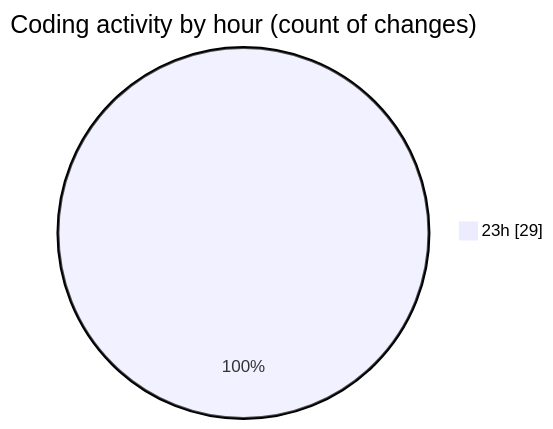
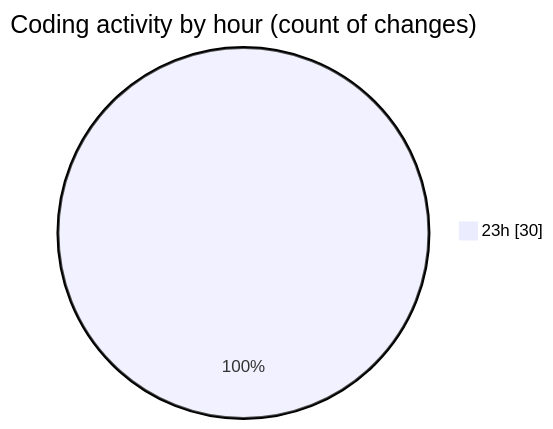
The second of 2 diagrams in 2026-05-21/chatserver/README.md (hasnaa123/code-tracking), drawn with Mermaid before and after one commit. The commit also changed other lines of this file and 1 other file, not shown here.

````diff
--- a/2026-05-21/chatserver/README.md
+++ b/2026-05-21/chatserver/README.md
@@ -31,5 +31,5 @@
 ```mermaid
 pie showData
 title Coding activity by hour (count of changes)
-"23h" : 29
+"23h" : 30
 ```
````
